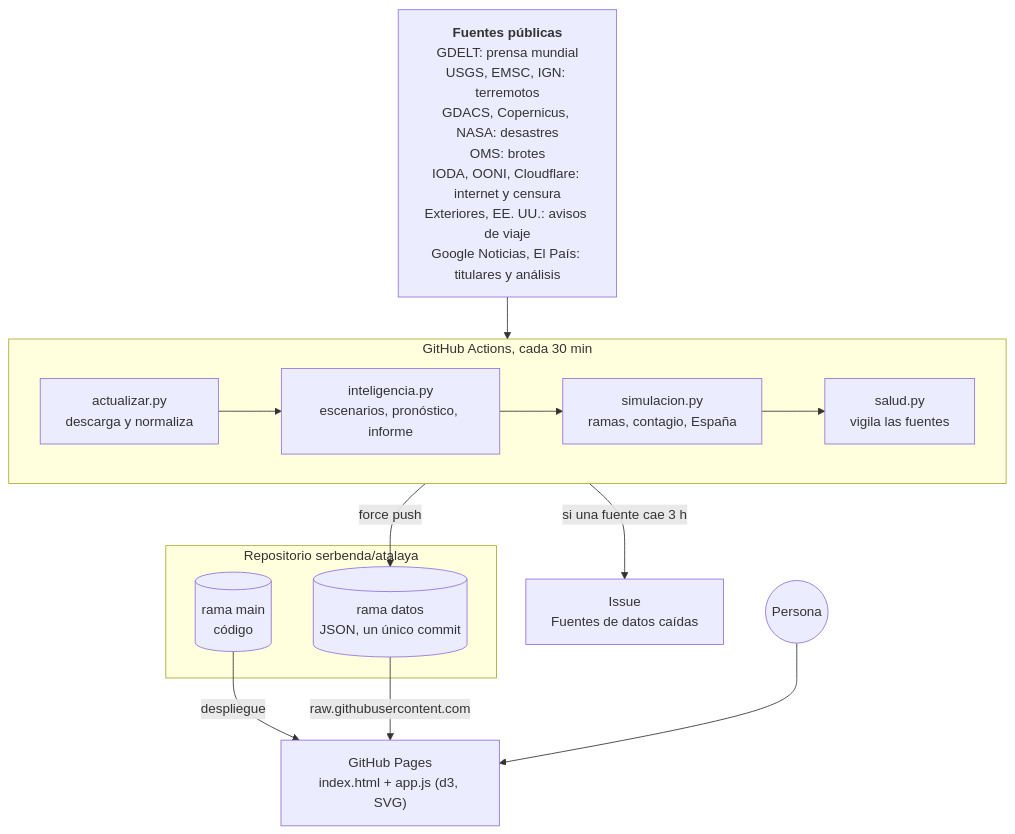
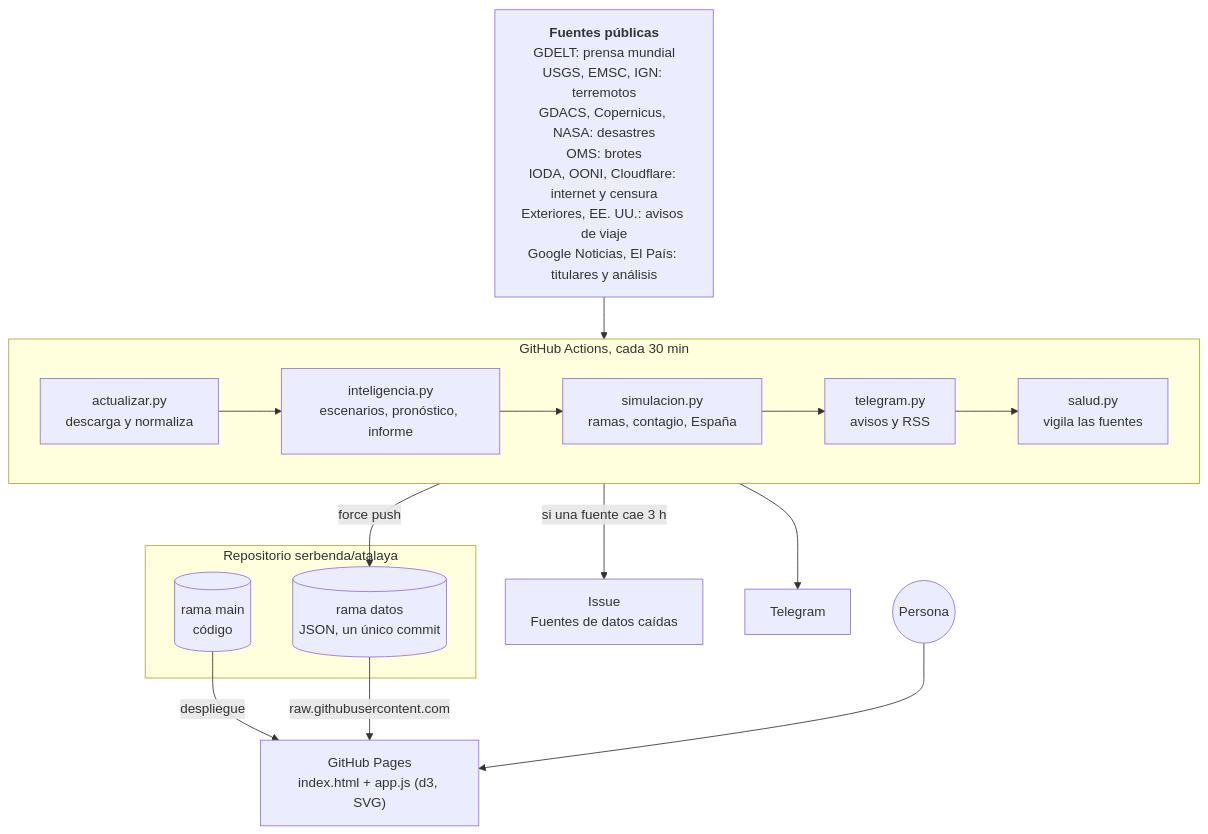
Before and after one commit to serbenda/atalaya: the first of 4 diagrams in README.md, drawn with Mermaid. The commit also changed other lines of this file and 4 other files, not shown here.

````diff
--- a/README.md
+++ b/README.md
@@ -69,27 +70,29 @@
 ```mermaid
 flowchart TB
   Fuentes["<b>Fuentes públicas</b><br/>GDELT: prensa mundial<br/>USGS, EMSC, IGN: terremotos<br/>GDACS, Copernicus, NASA: desastres<br/>OMS: brotes<br/>IODA, OONI, Cloudflare: internet y censura<br/>Exteriores, EE. UU.: avisos de viaje<br/>Google Noticias, El País: titulares y análisis"]
 
   subgraph Actions["GitHub Actions, cada 30 min"]
     direction LR
     A1["actualizar.py<br/>descarga y normaliza"]
     A2["inteligencia.py<br/>escenarios, pronóstico, informe"]
     A3["simulacion.py<br/>ramas, contagio, España"]
     A4["salud.py<br/>vigila las fuentes"]
-    A1 --> A2 --> A3 --> A4
+    A5["telegram.py<br/>avisos y RSS"]
+    A1 --> A2 --> A3 --> A5 --> A4
   end
 
   subgraph Repo["Repositorio serbenda/atalaya"]
     M[("rama main<br/>código")]
     D[("rama datos<br/>JSON, un único commit")]
   end
 
   W["GitHub Pages<br/>index.html + app.js (d3, SVG)"]
 
   Fuentes --> A1
   A3 -->|force push| D
   A4 -->|si una fuente cae 3 h| I["Issue<br/>Fuentes de datos caídas"]
+  A5 --> T["Telegram"]
   M -->|despliegue| W
   D -->|raw.githubusercontent.com| W
   U(("Persona")) --> W
 ```
````
